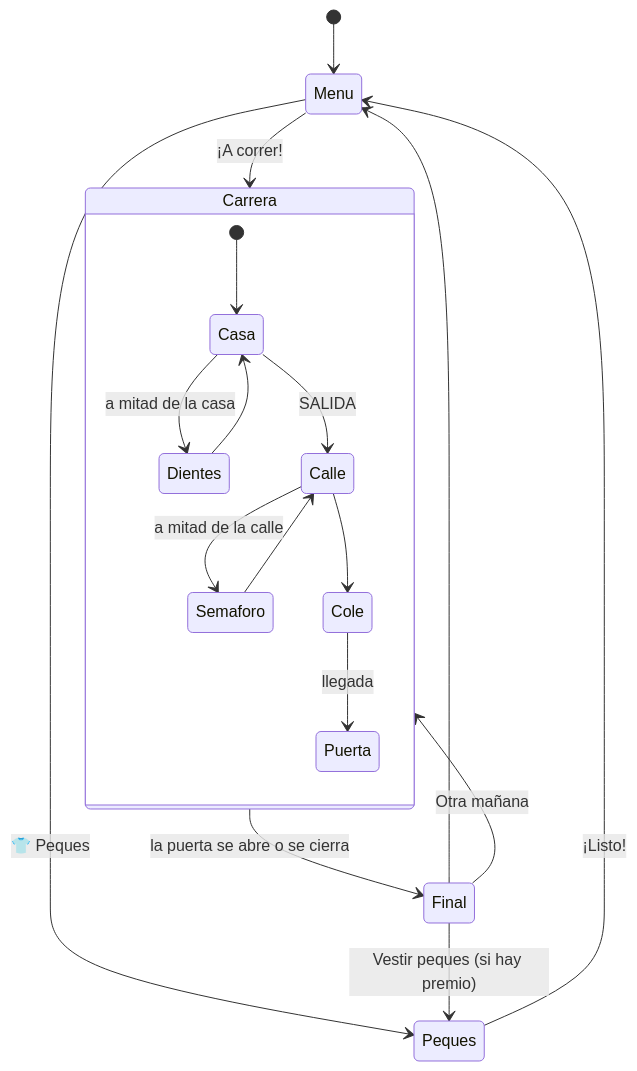
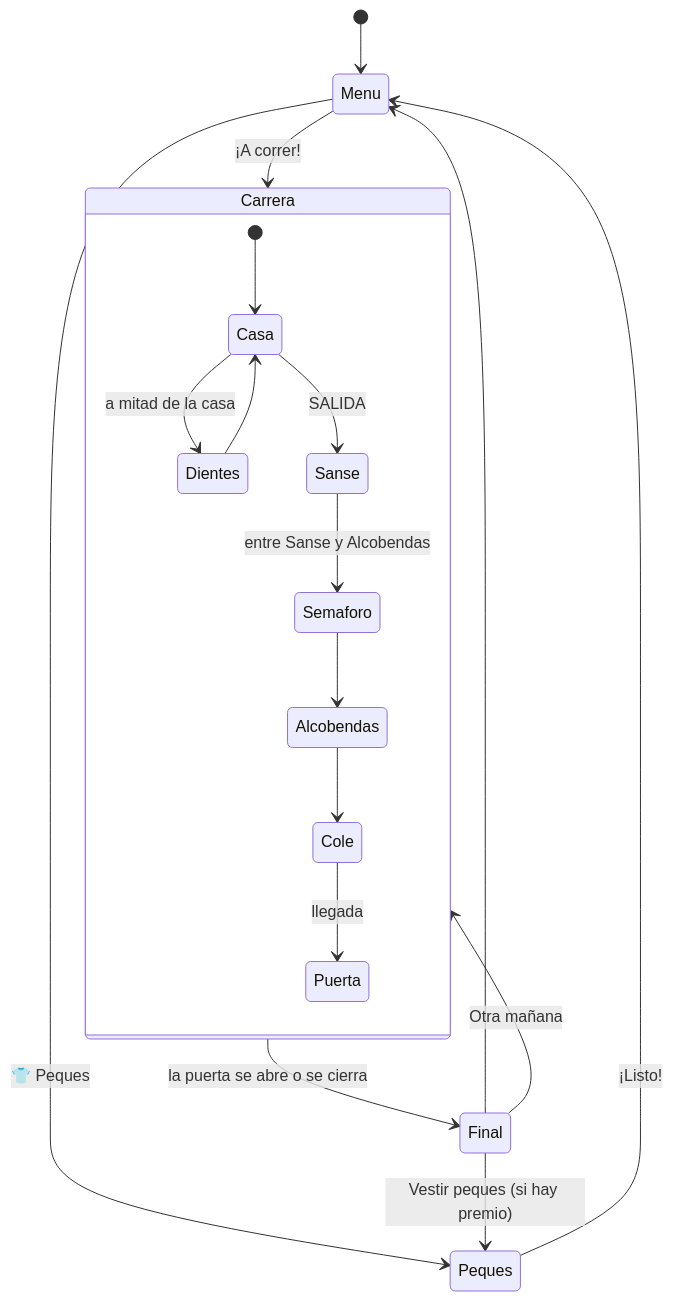
One commit to serbenda/school-rush changed the second of 2 diagrams in README.md. Above: the diagram before and after it, drawn with Mermaid. The commit also changed other lines of this file and 22 other files, not shown here.

First line of the commit message:
Calles de Sanse y Alcobendas, toro de los encierros y nombre del cole editable

````diff
--- a/README.md
+++ b/README.md
@@ -262,21 +270,21 @@
 ```mermaid
 stateDiagram-v2
     [*] --> Menu
     Menu --> Peques: 👕 Peques
     Peques --> Menu: ¡Listo!
     Menu --> Carrera: ¡A correr!
     state Carrera {
         [*] --> Casa
         Casa --> Dientes: a mitad de la casa
         Dientes --> Casa
-        Casa --> Calle: SALIDA
-        Calle --> Semaforo: a mitad de la calle
-        Semaforo --> Calle
-        Calle --> Cole
+        Casa --> Sanse: SALIDA
+        Sanse --> Semaforo: entre Sanse y Alcobendas
+        Semaforo --> Alcobendas
+        Alcobendas --> Cole
         Cole --> Puerta: llegada
     }
     Carrera --> Final: la puerta se abre o se cierra
     Final --> Carrera: Otra mañana
     Final --> Peques: Vestir peques (si hay premio)
     Final --> Menu
 ```
````
